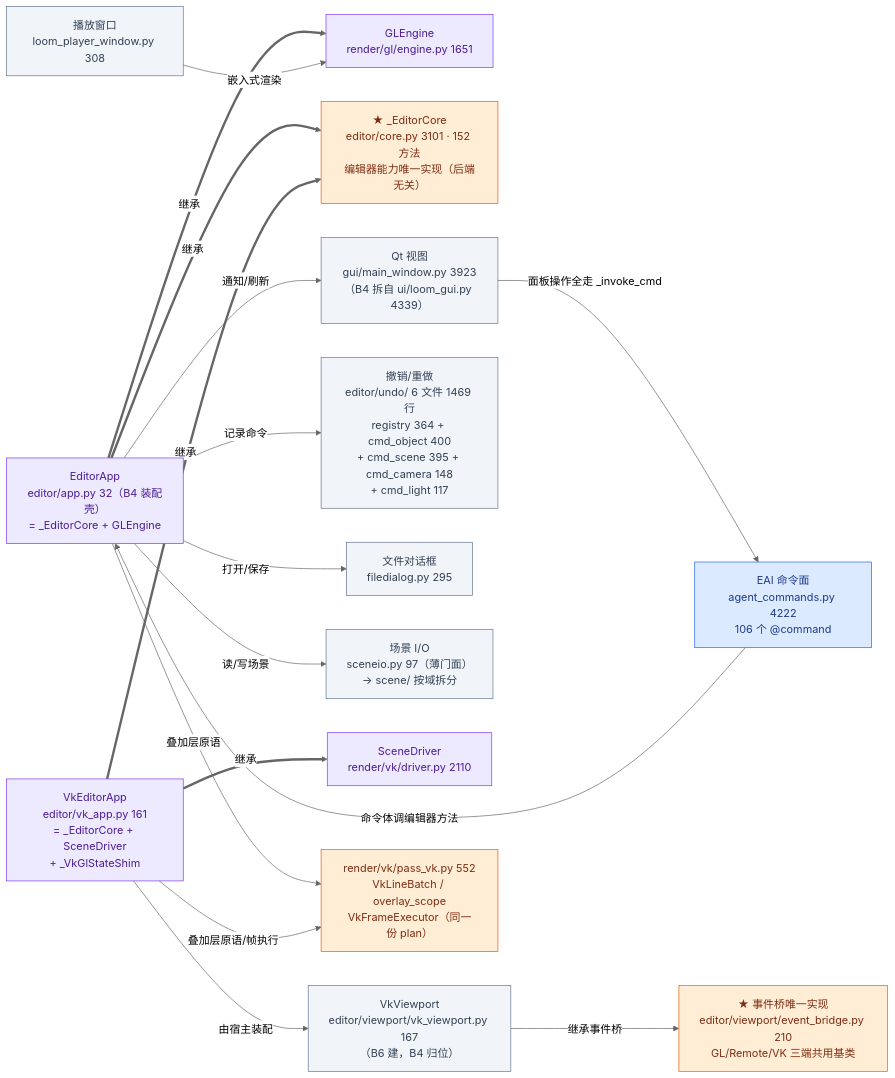
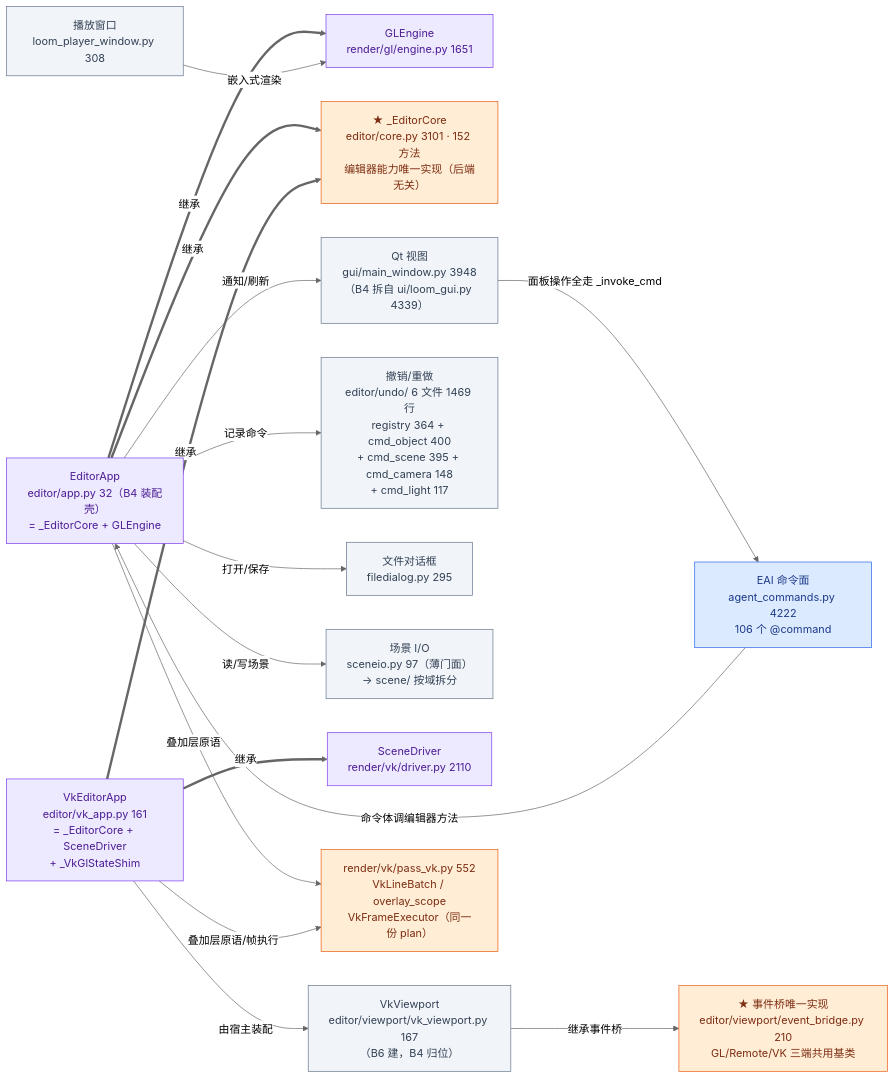
Before and after one commit to lhy302/WeaveEngine: the tenth of 23 diagrams in ARCHITECTURE.md, drawn with Mermaid (neutral theme). The commit also changed other lines of this file and 2 other files, not shown here.

First line of the commit message:
docs: Q-B7-60-1 架构图同步（编辑器渲染后端配置驱动）+ 2 份遗留文档废止注记

````diff
--- a/ARCHITECTURE.md
+++ b/ARCHITECTURE.md
@@ -499,36 +514,36 @@
 ```mermaid
 flowchart LR
   ED["EditorApp<br/>editor/app.py 32（B4 装配壳）<br/>= _EditorCore + GLEngine"]:::facade
   GE["GLEngine<br/>render/gl/engine.py 1651"]:::facade
   COR["★ _EditorCore<br/>editor/core.py 3101 · 152 方法<br/>编辑器能力唯一实现（后端无关）"]:::contract
-  V["Qt 视图<br/>gui/main_window.py 3923<br/>（B4 拆自 ui/loom_gui.py 4339）"]:::file
+  V["Qt 视图<br/>gui/main_window.py 3948<br/>（B4 拆自 ui/loom_gui.py 4339）"]:::file
   U["撤销/重做<br/>editor/undo/ 6 文件 1469 行<br/>registry 364 + cmd_object 400<br/>+ cmd_scene 395 + cmd_camera 148<br/>+ cmd_light 117"]:::file
   EAI["EAI 命令面<br/>agent_commands.py 4222<br/>106 个 @command"]:::entry
   FD["文件对话框<br/>filedialog.py 295"]:::file
   PW["播放窗口<br/>loom_player_window.py 308"]:::file
   S["场景 I/O<br/>sceneio.py 97（薄门面）<br/>→ scene/ 按域拆分"]:::file
   VKE["VkEditorApp<br/>editor/vk_app.py 161<br/>= _EditorCore + SceneDriver<br/>+ _VkGlStateShim"]:::facade
   SDV["SceneDriver<br/>render/vk/driver.py 2110"]:::facade
   VKV["VkViewport<br/>editor/viewport/vk_viewport.py 167<br/>（B6 建，B4 归位）"]:::file
   EB["★ 事件桥唯一实现<br/>editor/viewport/event_bridge.py 210<br/>GL/Remote/VK 三端共用基类"]:::contract
   LPV["render/vk/pass_vk.py 552<br/>VkLineBatch / overlay_scope<br/>VkFrameExecutor（同一份 plan）"]:::contract
   ED ==>|继承| GE
   ED ==>|继承| COR
   VKE ==>|继承| COR
   VKE ==>|继承| SDV
   VKE -->|由宿主装配| VKV
   VKV -->|继承事件桥| EB
   ED -->|通知/刷新| V
   V -->|面板操作全走 _invoke_cmd| EAI
   ED -->|叠加层原语| LPV
   VKE -->|叠加层原语/帧执行| LPV
   ED -->|记录命令| U
   EAI -->|命令体调编辑器方法| ED
   ED -->|打开/保存| FD
   ED -->|读/写场景| S
   PW -->|嵌入式渲染| GE
   classDef entry fill:#dbeafe,stroke:#2563eb,color:#1e3a8a
   classDef facade fill:#ede9fe,stroke:#7c3aed,color:#4c1d95
   classDef file fill:#f1f5f9,stroke:#64748b,color:#334155
   classDef contract fill:#ffedd5,stroke:#ea580c,color:#7c2d12
 ```
````
